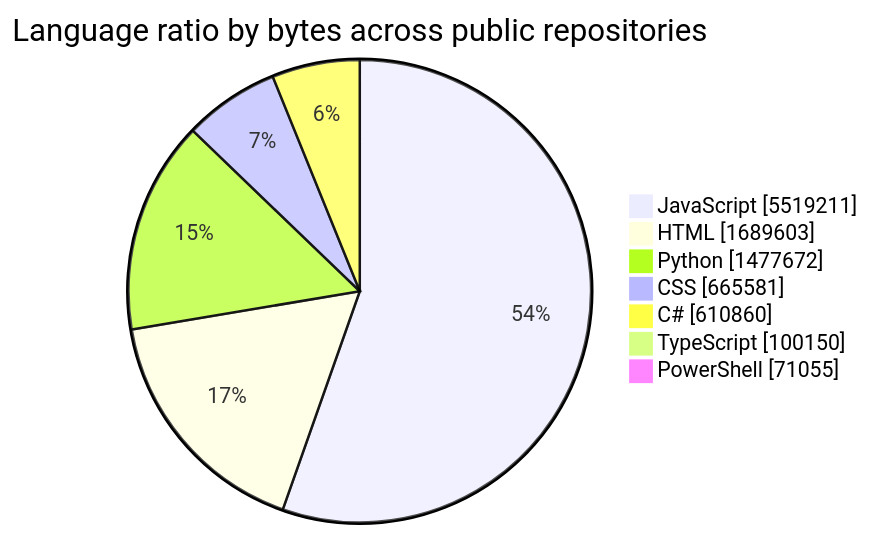
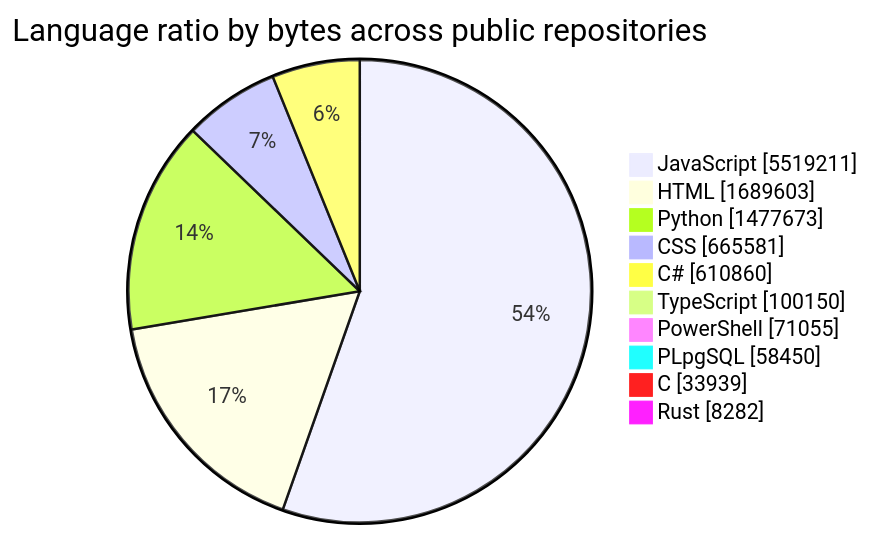
The first of 2 diagrams in README.md (tchinso/tchinso), drawn with Mermaid before and after one commit. The commit also changed other lines of this file, not shown here.

````diff
--- a/README.md
+++ b/README.md
@@ -24,11 +27,14 @@
 ```mermaid
 pie showData
     title Language ratio by bytes across public repositories
     "JavaScript" : 5519211
     "HTML" : 1689603
-    "Python" : 1477672
+    "Python" : 1477673
     "CSS" : 665581
     "C#" : 610860
     "TypeScript" : 100150
     "PowerShell" : 71055
+    "PLpgSQL" : 58450
+    "C" : 33939
+    "Rust" : 8282
 ```
````
